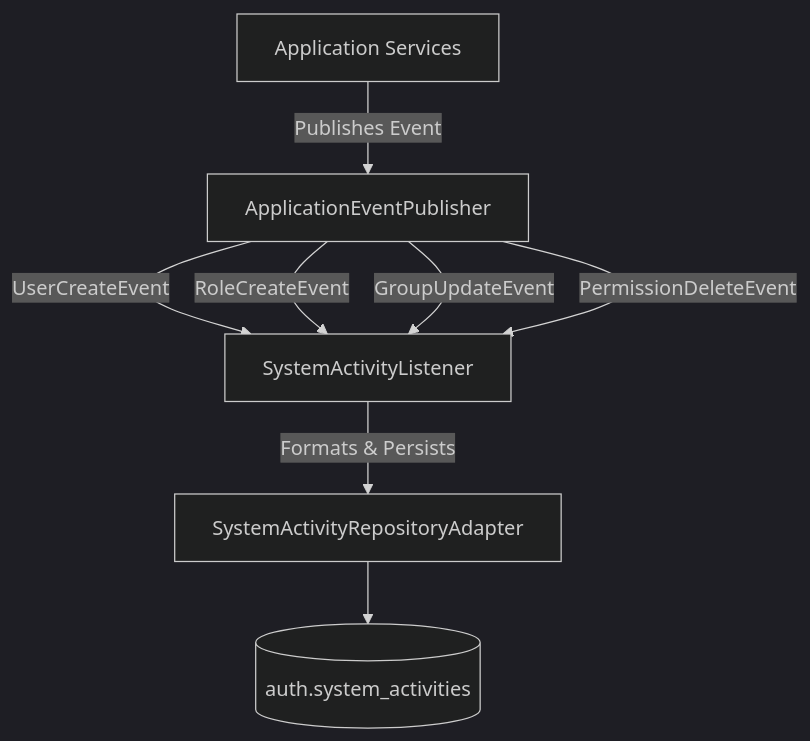
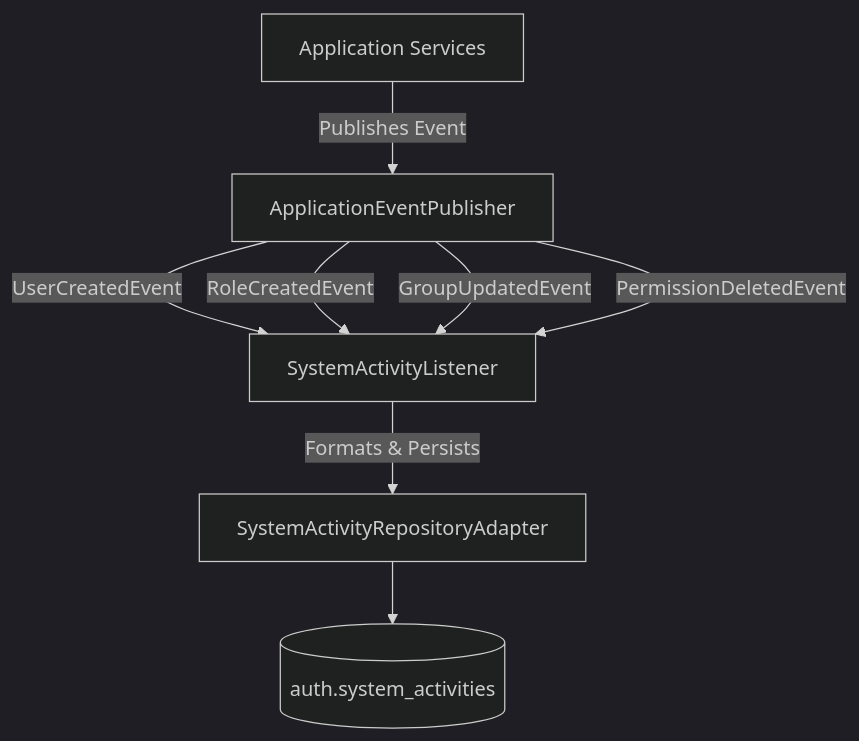
One commit to linhtn97/authory-service changed the second of 2 diagrams in docs/ENTERPRISE_DESIGN.md. Above: the diagram before and after it, drawn with Mermaid (dark theme). The commit also changed 36 other files, not shown here.

Commit message:
refactor(events): rename domain events to past tense per DDD conventions (e.g. UserCreatedEvent)

````diff
--- a/docs/ENTERPRISE_DESIGN.md
+++ b/docs/ENTERPRISE_DESIGN.md
@@ -67,10 +67,10 @@
 ```mermaid
 graph TD
     Service[Application Services] -->|Publishes Event| Publisher[ApplicationEventPublisher]
-    Publisher -->|UserCreateEvent| Listener[SystemActivityListener]
-    Publisher -->|RoleCreateEvent| Listener
-    Publisher -->|GroupUpdateEvent| Listener
-    Publisher -->|PermissionDeleteEvent| Listener
+    Publisher -->|UserCreatedEvent| Listener[SystemActivityListener]
+    Publisher -->|RoleCreatedEvent| Listener
+    Publisher -->|GroupUpdatedEvent| Listener
+    Publisher -->|PermissionDeletedEvent| Listener
     Listener -->|Formats & Persists| ActivityAdapter[SystemActivityRepositoryAdapter]
     ActivityAdapter --> DB[(auth.system_activities)]
 ```
````
